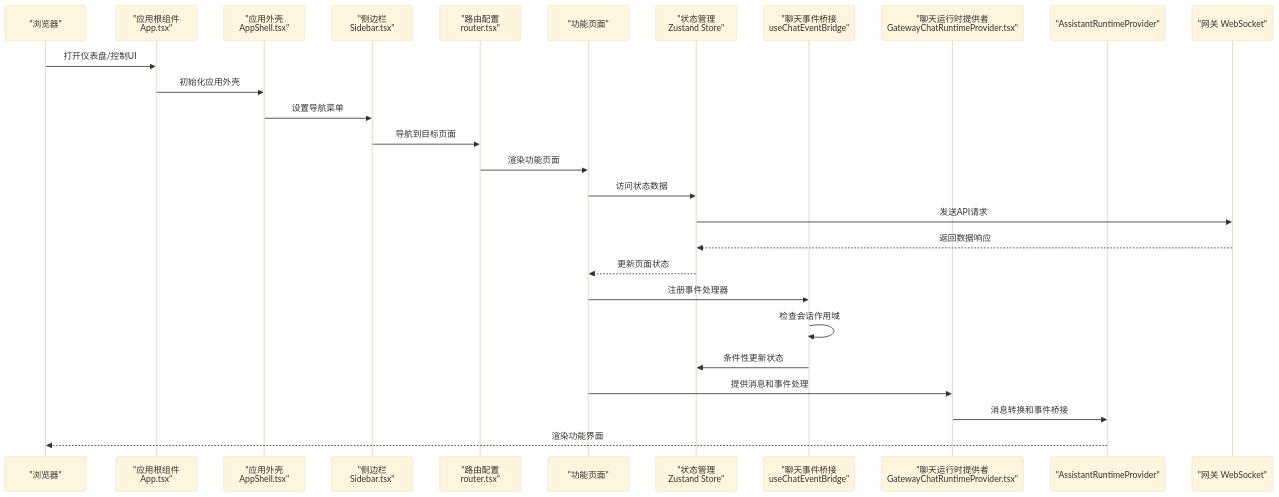
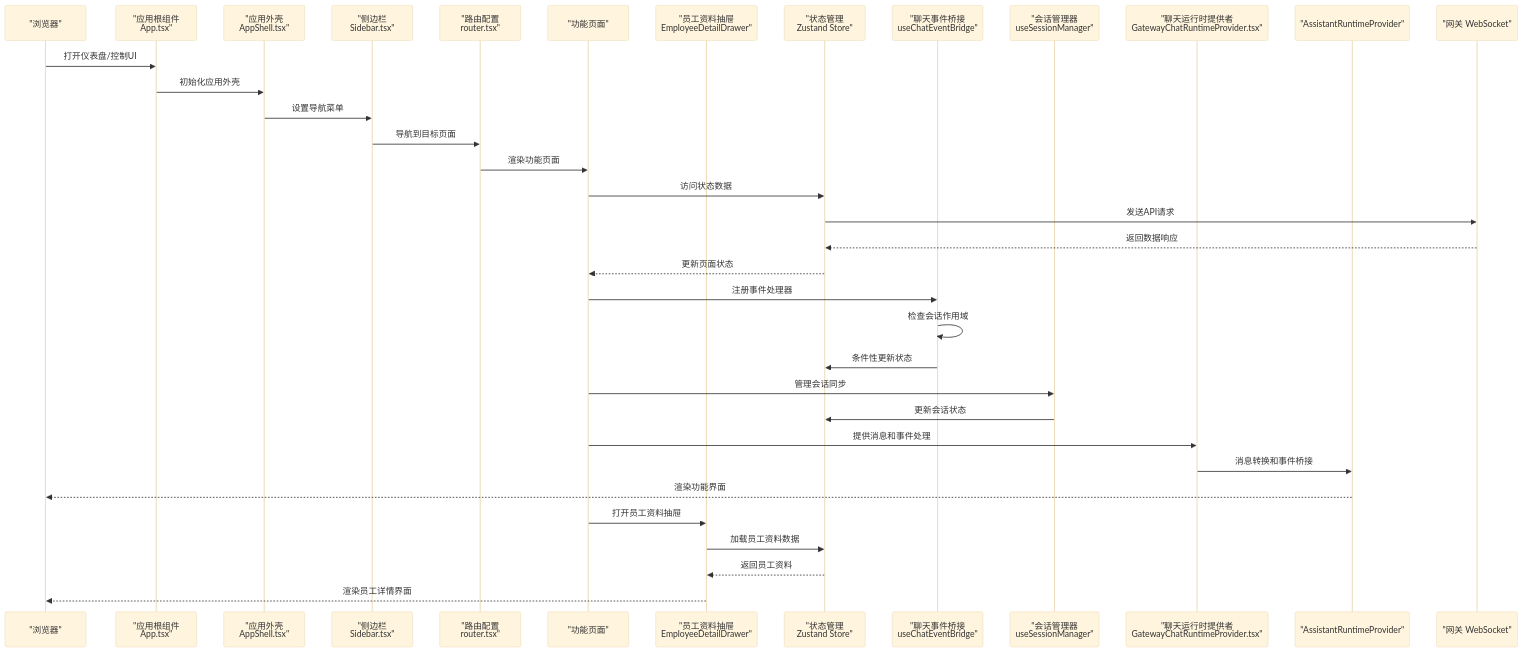
The second of 6 diagrams in .qoder/repowiki/zh/content/Web界面/Web界面.md (verse-ai-org/openclaw), drawn with Mermaid (base theme) before and after one commit. The commit also changed other lines of this file and 55 other files, not shown here.

````diff
--- a/.qoder/repowiki/zh/content/Web界面/Web界面.md
+++ b/.qoder/repowiki/zh/content/Web界面/Web界面.md
@@ -253,29 +261,37 @@
 ```mermaid
 sequenceDiagram
 participant Browser as "浏览器"
 participant App as "应用根组件<br/>App.tsx"
 participant Shell as "应用外壳<br/>AppShell.tsx"
 participant Sidebar as "侧边栏<br/>Sidebar.tsx"
 participant Router as "路由配置<br/>router.tsx"
 participant Page as "功能页面"
+participant Drawer as "员工资料抽屉<br/>EmployeeDetailDrawer"
 participant Store as "状态管理<br/>Zustand Store"
 participant EventBridge as "聊天事件桥接<br/>useChatEventBridge"
+participant SessionManager as "会话管理器<br/>useSessionManager"
 participant Runtime as "聊天运行时提供者<br/>GatewayChatRuntimeProvider.tsx"
 participant Provider as "AssistantRuntimeProvider"
 participant WS as "网关 WebSocket"
 Browser->>App : 打开仪表盘/控制UI
 App->>Shell : 初始化应用外壳
 Shell->>Sidebar : 设置导航菜单
 Sidebar->>Router : 导航到目标页面
 Router->>Page : 渲染功能页面
 Page->>Store : 访问状态数据
 Store->>WS : 发送API请求
 WS-->>Store : 返回数据响应
 Store-->>Page : 更新页面状态
 Page->>EventBridge : 注册事件处理器
 EventBridge->>EventBridge : 检查会话作用域
 EventBridge->>Store : 条件性更新状态
+Page->>SessionManager : 管理会话同步
+SessionManager->>Store : 更新会话状态
 Page->>Runtime : 提供消息和事件处理
 Runtime->>Provider : 消息转换和事件桥接
 Provider-->>Browser : 渲染功能界面
+Page->>Drawer : 打开员工资料抽屉
+Drawer->>Store : 加载员工资料数据
+Store-->>Drawer : 返回员工资料
+Drawer-->>Browser : 渲染员工详情界面
 ```
````
